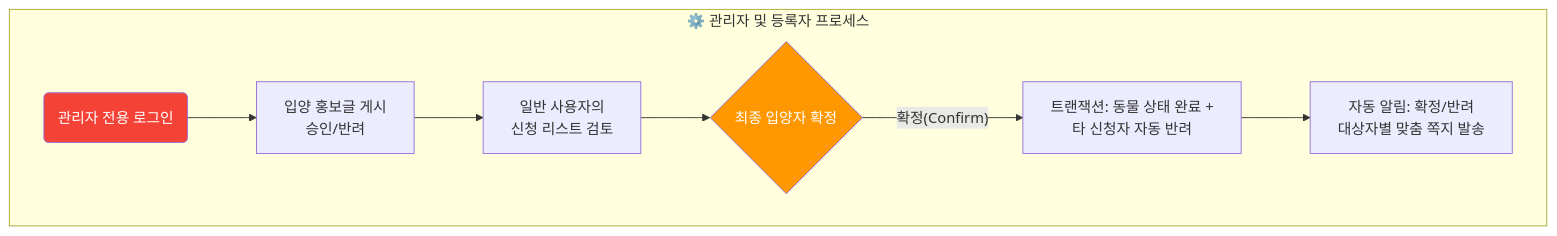
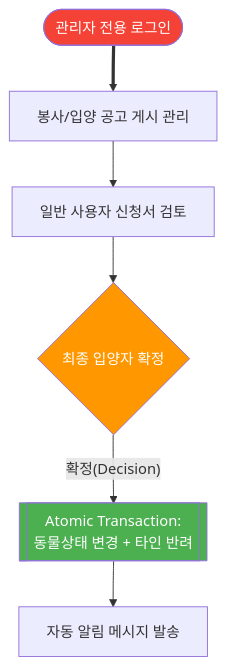
Before and after one commit to KJH-Portfolio/202511-stray-dog-volunteer: the third of 3 diagrams in README.md, drawn with Mermaid. The commit also changed other lines of this file, not shown here.

````diff
--- a/README.md
+++ b/README.md
@@ -149,12 +156,12 @@
   ```mermaid
   flowchart TD
-      subgraph ADMIN_FLOW ["⚙️ 관리자 및 등록자 프로세스"]
-          A1(관리자 전용 로그인) --> A2[입양 홍보글 게시\n승인/반려]
-          A2 --> A3[일반 사용자의\n신청 리스트 검토]
-          A3 --> A4{최종 입양자 확정}
-          A4 -- "확정(Confirm)" --> A5["트랜잭션: 동물 상태 완료 +\n타 신청자 자동 반려"]
-          A5 --> A6["자동 알림: 확정/반려\n대상자별 맞춤 쪽지 발송"]
-      end
+      A1([관리자 전용 로그인]) ==> A2[봉사/입양 공고 게시 관리]
+      A2 --> A3[일반 사용자 신청서 검토]
+      A3 --> A4{최종 입양자 확정}
+      A4 -- "확정(Decision)" --> A5[[Atomic Transaction:\n동물상태 변경 + 타인 반려]]
+      A5 --> A6[자동 알림 메시지 발송]
+
       style A1 fill:#F44336,color:#fff
       style A4 fill:#FF9800,color:#fff
+      style A5 fill:#4CAF50,color:#fff
   ```
````
